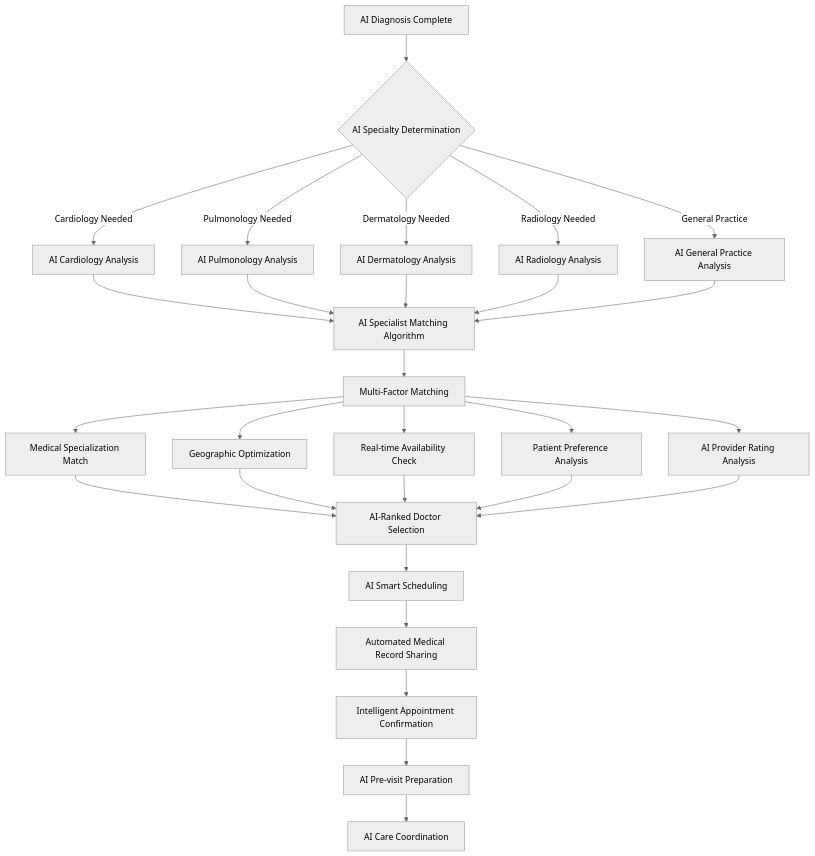
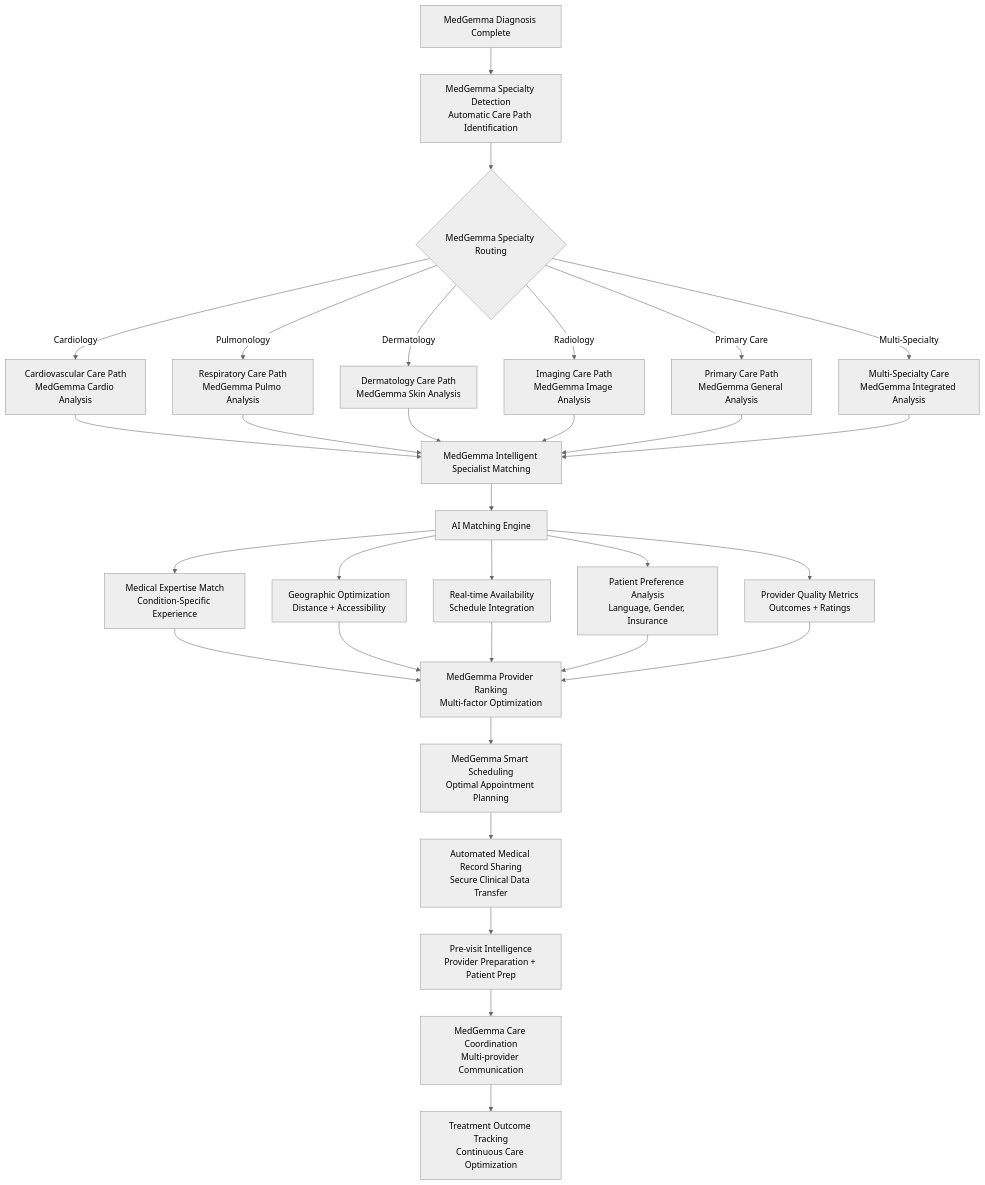
One commit to Assem-ElQersh/MedFlow-AI-Medical-Assistance-System changed the fifth of 7 diagrams in System diagrams/system_diagrams.md. Above: the diagram before and after it, drawn with Mermaid (neutral theme). The commit also changed other lines of this file, not shown here.

````diff
--- a/System diagrams/system_diagrams.md
+++ b/System diagrams/system_diagrams.md
@@ -223,35 +232,40 @@
 ```mermaid
 flowchart TD
-    Start[AI Diagnosis Complete] --> SpecialtyAI{AI Specialty Determination}
-    SpecialtyAI -->|Cardiology Needed| CardioAnalysis[AI Cardiology Analysis]
-    SpecialtyAI -->|Pulmonology Needed| PulmoAnalysis[AI Pulmonology Analysis]
-    SpecialtyAI -->|Dermatology Needed| DermaAnalysis[AI Dermatology Analysis]
-    SpecialtyAI -->|Radiology Needed| RadioAnalysis[AI Radiology Analysis]
-    SpecialtyAI -->|General Practice| GPAnalysis[AI General Practice Analysis]
+    DiagnosisComplete[MedGemma Diagnosis Complete] --> SpecialtyDetection[MedGemma Specialty Detection<br/>Automatic Care Path Identification]
     
-    CardioAnalysis --> SpecialistMatching[AI Specialist Matching Algorithm]
-    PulmoAnalysis --> SpecialistMatching
-    DermaAnalysis --> SpecialistMatching
-    RadioAnalysis --> SpecialistMatching
-    GPAnalysis --> SpecialistMatching
+    SpecialtyDetection --> SpecialtyRouting{MedGemma Specialty Routing}
     
-    SpecialistMatching --> MatchingCriteria[Multi-Factor Matching]
-    MatchingCriteria --> Specialization[Medical Specialization Match]
-    MatchingCriteria --> Location[Geographic Optimization]
-    MatchingCriteria --> Availability[Real-time Availability Check]
-    MatchingCriteria --> PatientPrefs[Patient Preference Analysis]
-    MatchingCriteria --> ProviderRating[AI Provider Rating Analysis]
+    SpecialtyRouting -->|Cardiology| CardioPath[Cardiovascular Care Path<br/>MedGemma Cardio Analysis]
+    SpecialtyRouting -->|Pulmonology| PulmoPath[Respiratory Care Path<br/>MedGemma Pulmo Analysis]
+    SpecialtyRouting -->|Dermatology| DermaPath[Dermatology Care Path<br/>MedGemma Skin Analysis]
+    SpecialtyRouting -->|Radiology| RadioPath[Imaging Care Path<br/>MedGemma Image Analysis]
+    SpecialtyRouting -->|Primary Care| PrimaryPath[Primary Care Path<br/>MedGemma General Analysis]
+    SpecialtyRouting -->|Multi-Specialty| MultiPath[Multi-Specialty Care<br/>MedGemma Integrated Analysis]
     
-    Specialization --> RankedSelection[AI-Ranked Doctor Selection]
-    Location --> RankedSelection
-    Availability --> RankedSelection
-    PatientPrefs --> RankedSelection
-    ProviderRating --> RankedSelection
+    CardioPath --> SpecialistMatching[MedGemma Intelligent Specialist Matching]
+    PulmoPath --> SpecialistMatching
+    DermaPath --> SpecialistMatching
+    RadioPath --> SpecialistMatching
+    PrimaryPath --> SpecialistMatching
+    MultiPath --> SpecialistMatching
     
-    RankedSelection --> SmartScheduling[AI Smart Scheduling]
-    SmartScheduling --> RecordSharing[Automated Medical Record Sharing]
-    RecordSharing --> AppointmentConfirm[Intelligent Appointment Confirmation]
+    SpecialistMatching --> MatchingEngine[AI Matching Engine]
+    MatchingEngine --> SpecializationMatch[Medical Expertise Match<br/>Condition-Specific Experience]
+    MatchingEngine --> LocationOptimization[Geographic Optimization<br/>Distance + Accessibility]
+    MatchingEngine --> AvailabilityCheck[Real-time Availability<br/>Schedule Integration]
+    MatchingEngine --> PatientPreferences[Patient Preference Analysis<br/>Language, Gender, Insurance]
+    MatchingEngine --> QualityMetrics[Provider Quality Metrics<br/>Outcomes + Ratings]
     
-    AppointmentConfirm --> PreVisitPrep[AI Pre-visit Preparation]
-    PreVisitPrep --> ContinuousCoordination[AI Care Coordination]
+    SpecializationMatch --> RankedProviders[MedGemma Provider Ranking<br/>Multi-factor Optimization]
+    LocationOptimization --> RankedProviders
+    AvailabilityCheck --> RankedProviders
+    PatientPreferences --> RankedProviders
+    QualityMetrics --> RankedProviders
+    
+    RankedProviders --> SmartScheduling[MedGemma Smart Scheduling<br/>Optimal Appointment Planning]
+    SmartScheduling --> AutomatedSharing[Automated Medical Record Sharing<br/>Secure Clinical Data Transfer]
+    AutomatedSharing --> PreVisitIntelligence[Pre-visit Intelligence<br/>Provider Preparation + Patient Prep]
+    
+    PreVisitIntelligence --> CareCoordination[MedGemma Care Coordination<br/>Multi-provider Communication]
+    CareCoordination --> OutcomeTracking[Treatment Outcome Tracking<br/>Continuous Care Optimization]
 ```
````
